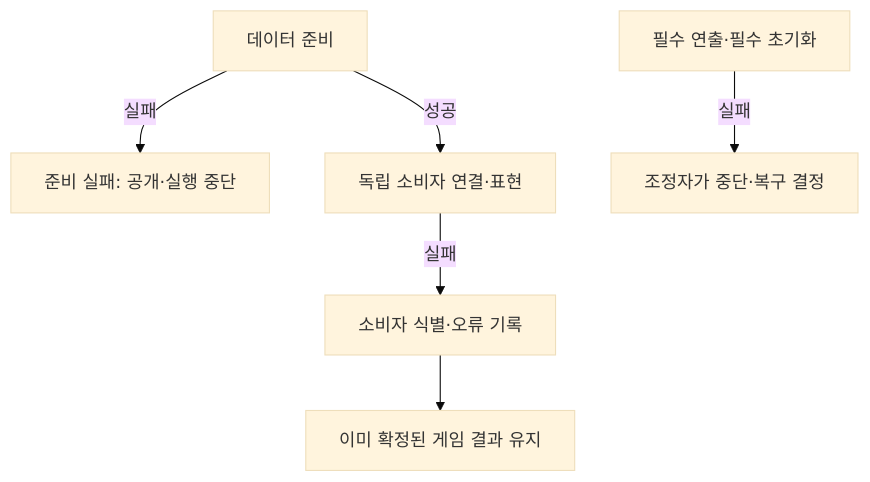
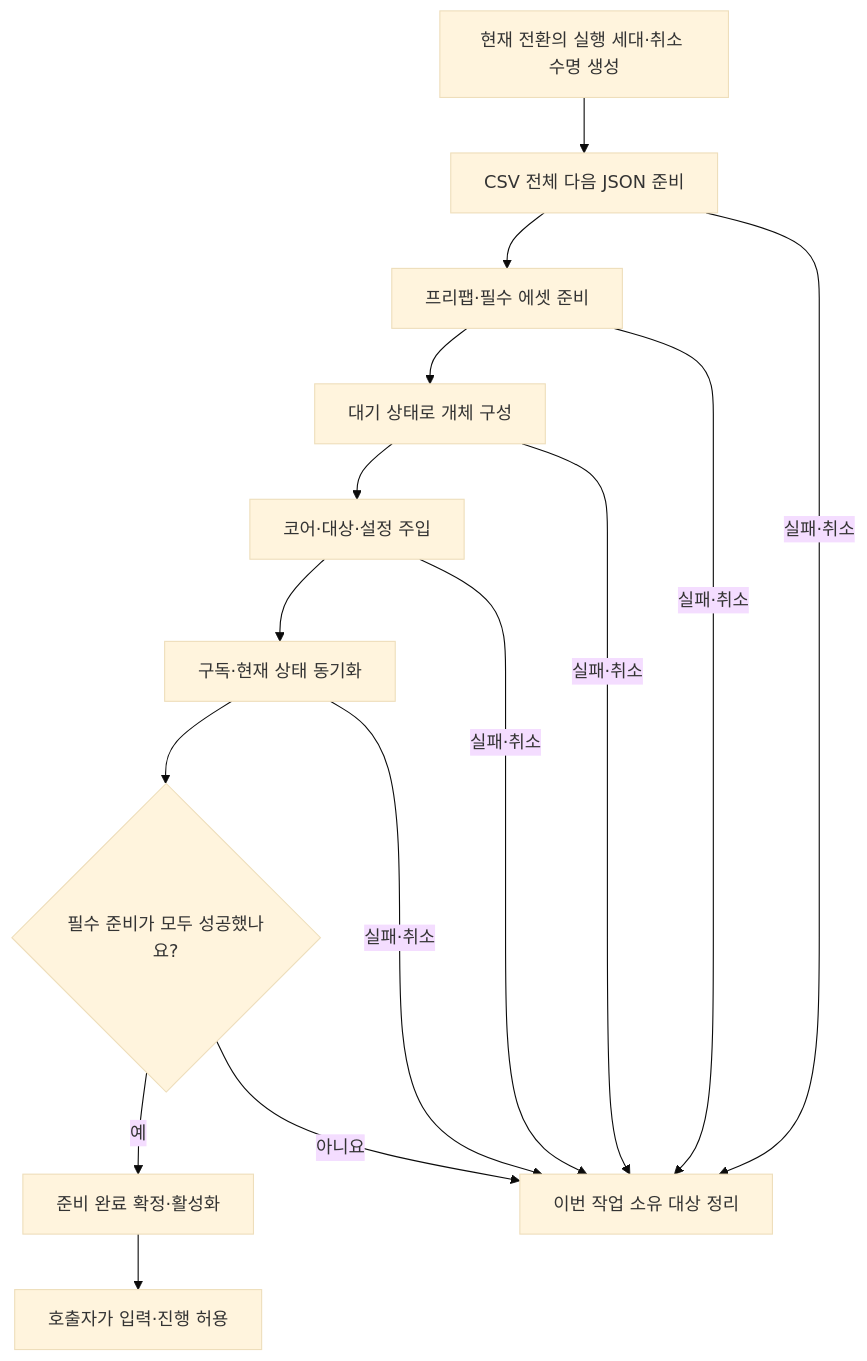
Before and after one commit to lkhwcf-arch/Human_Ghost-: the third of 4 diagrams in Docs/데이터 기반 모듈과 화면 표현 설계안.md, drawn with Mermaid (base theme). The commit also changed other lines of this file and 46 other files, not shown here.

First line of the commit message:
데이터·앵커 기반 체력 표시 모듈과 연결 구조 추가,체력 표시 설정 시트와 프리팹 참조 검사 추가

````diff
--- a/Docs/데이터 기반 모듈과 화면 표현 설계안.md
+++ b/Docs/데이터 기반 모듈과 화면 표현 설계안.md
@@ -254,8 +129,17 @@
 ```mermaid
 flowchart TD
-    A[데이터 준비] -->|실패| B[준비 실패: 공개·실행 중단]
-    A -->|성공| C[독립 소비자 연결·표현]
-    C -->|실패| D[소비자 식별·오류 기록]
-    D --> E[이미 확정된 게임 결과 유지]
-    F[필수 연출·필수 초기화] -->|실패| G[조정자가 중단·복구 결정]
+    A[현재 전환의 실행 세대·취소 수명 생성] --> B[CSV 전체 다음 JSON 준비]
+    B --> C[프리팹·필수 에셋 준비]
+    C --> D[대기 상태로 개체 구성]
+    D --> E[코어·대상·설정 주입]
+    E --> F[구독·현재 상태 동기화]
+    F --> G{필수 준비가 모두 성공했나요?}
+    G -->|예| H[준비 완료 확정·활성화]
+    H --> I[호출자가 입력·진행 허용]
+    B -->|실패·취소| X[이번 작업 소유 대상 정리]
+    C -->|실패·취소| X
+    D -->|실패·취소| X
+    E -->|실패·취소| X
+    F -->|실패·취소| X
+    G -->|아니요| X
 ```
````
